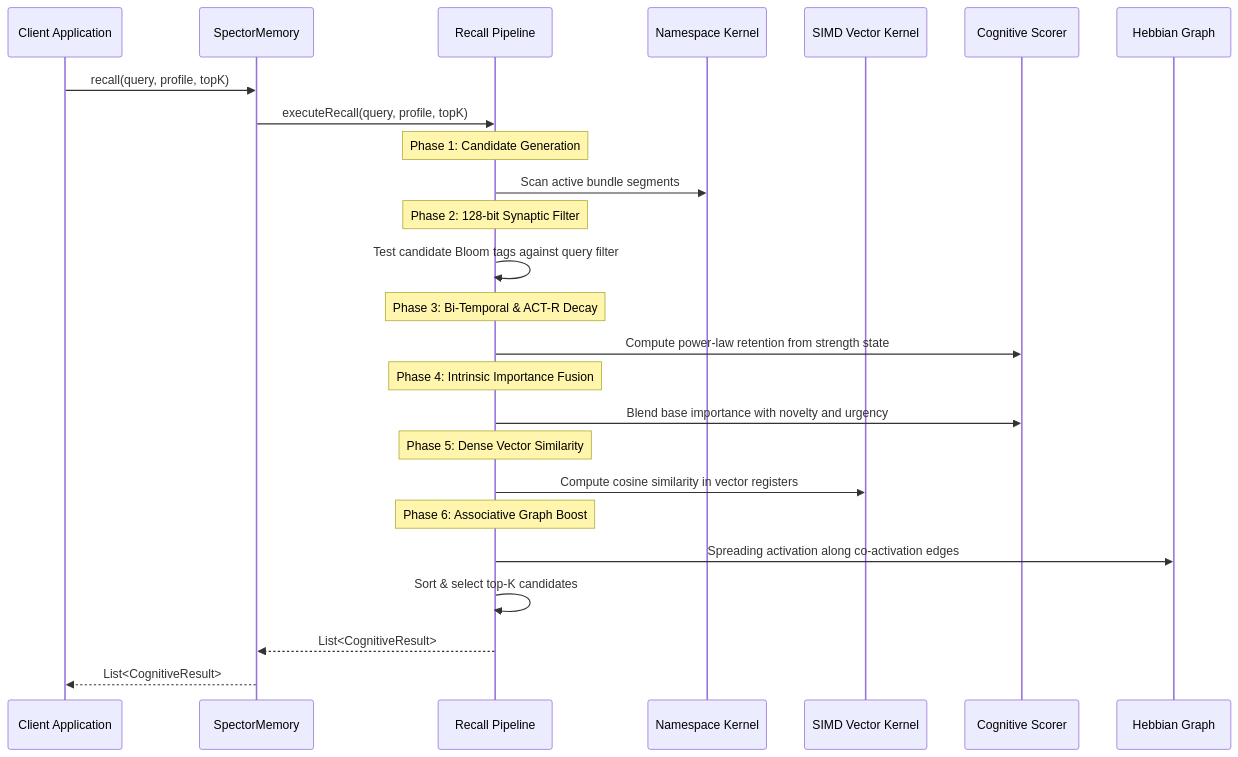
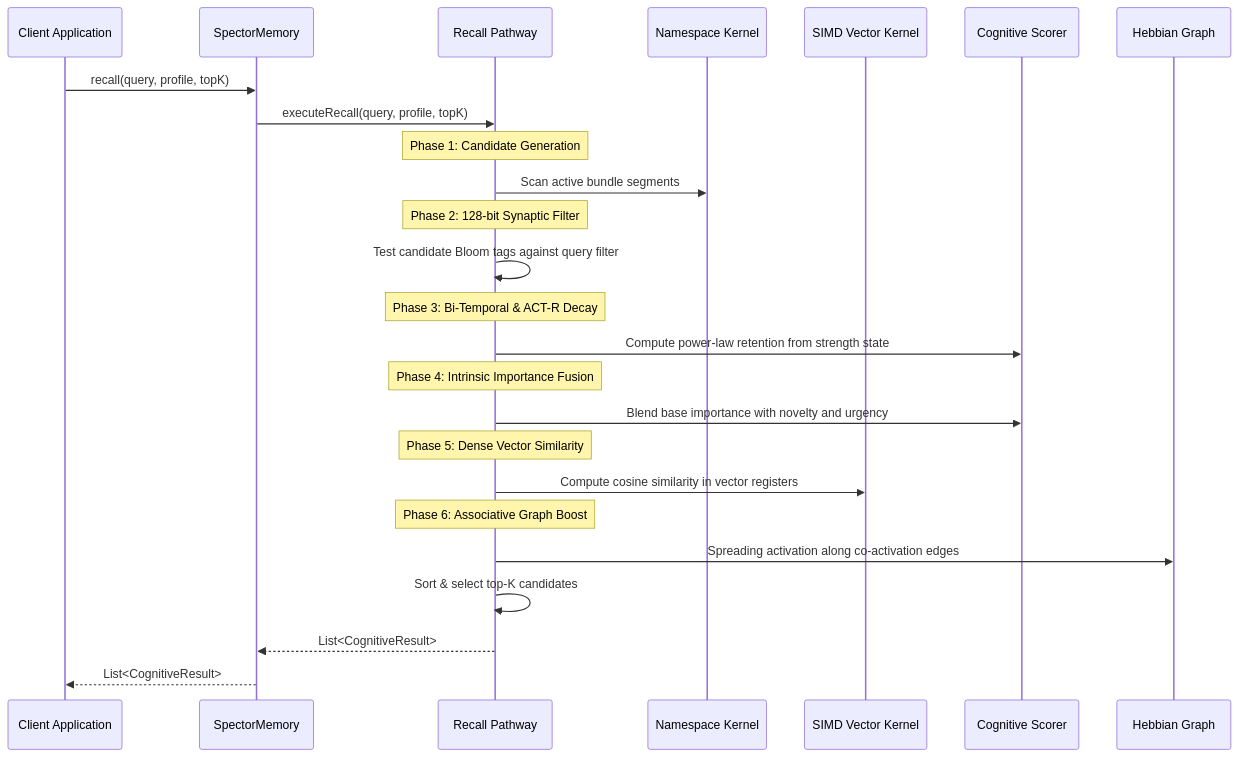
Before and after one commit to spectrayan/spector: the third of 3 diagrams in docs/docs/memory/architecture.md, drawn with Mermaid. The commit also changed other lines of this file and 23 other files, not shown here.

First line of the commit message:
docs(memory): update terminology from ingestion and recall pipeline to cognitive pathways

````diff
--- a/docs/docs/memory/architecture.md
+++ b/docs/docs/memory/architecture.md
@@ -128,35 +128,35 @@
 ```mermaid
 sequenceDiagram
     participant App as Client Application
     participant SM as SpectorMemory
-    participant RP as Recall Pipeline
+    participant RP as Recall Pathway
     participant NK as Namespace Kernel
     participant SIMD as SIMD Vector Kernel
     participant SC as Cognitive Scorer
     participant HG as Hebbian Graph
 
     App->>SM: recall(query, profile, topK)
     SM->>RP: executeRecall(query, profile, topK)
     
     Note over RP: Phase 1: Candidate Generation
     RP->>NK: Scan active bundle segments
     
     Note over RP: Phase 2: 128-bit Synaptic Filter
     RP->>RP: Test candidate Bloom tags against query filter
     
     Note over RP: Phase 3: Bi-Temporal & ACT-R Decay
     RP->>SC: Compute power-law retention from strength state
     
     Note over RP: Phase 4: Intrinsic Importance Fusion
     RP->>SC: Blend base importance with novelty and urgency
     
     Note over RP: Phase 5: Dense Vector Similarity
     RP->>SIMD: Compute cosine similarity in vector registers
     
     Note over RP: Phase 6: Associative Graph Boost
     RP->>HG: Spreading activation along co-activation edges
     
     RP->>RP: Sort & select top-K candidates
     RP-->>SM: List<CognitiveResult>
     SM-->>App: List<CognitiveResult>
 ```
````
